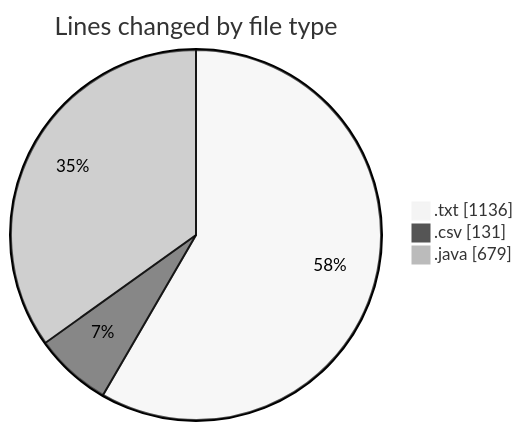
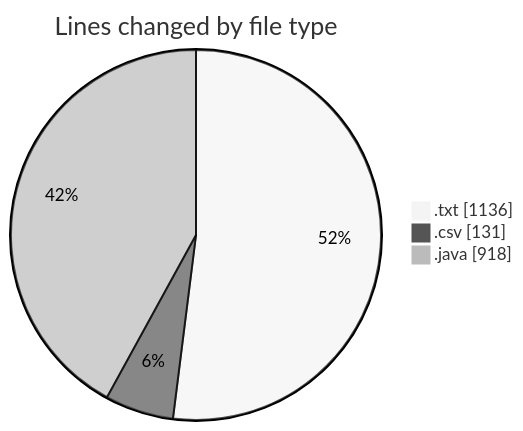
Before and after one commit to ricardozamudiocil/code-tracking: the first of 2 diagrams in 2026-11-05/cilapp/README.md, drawn with Mermaid (neutral theme). The commit also changed other lines of this file and 1 other file, not shown here.

````diff
--- a/2026-11-05/cilapp/README.md
+++ b/2026-11-05/cilapp/README.md
@@ -23,7 +24,7 @@
 ```mermaid
 pie showData
 title Lines changed by file type
 ".txt" : 1136
 ".csv" : 131
-".java" : 679
+".java" : 918
 ```
````
